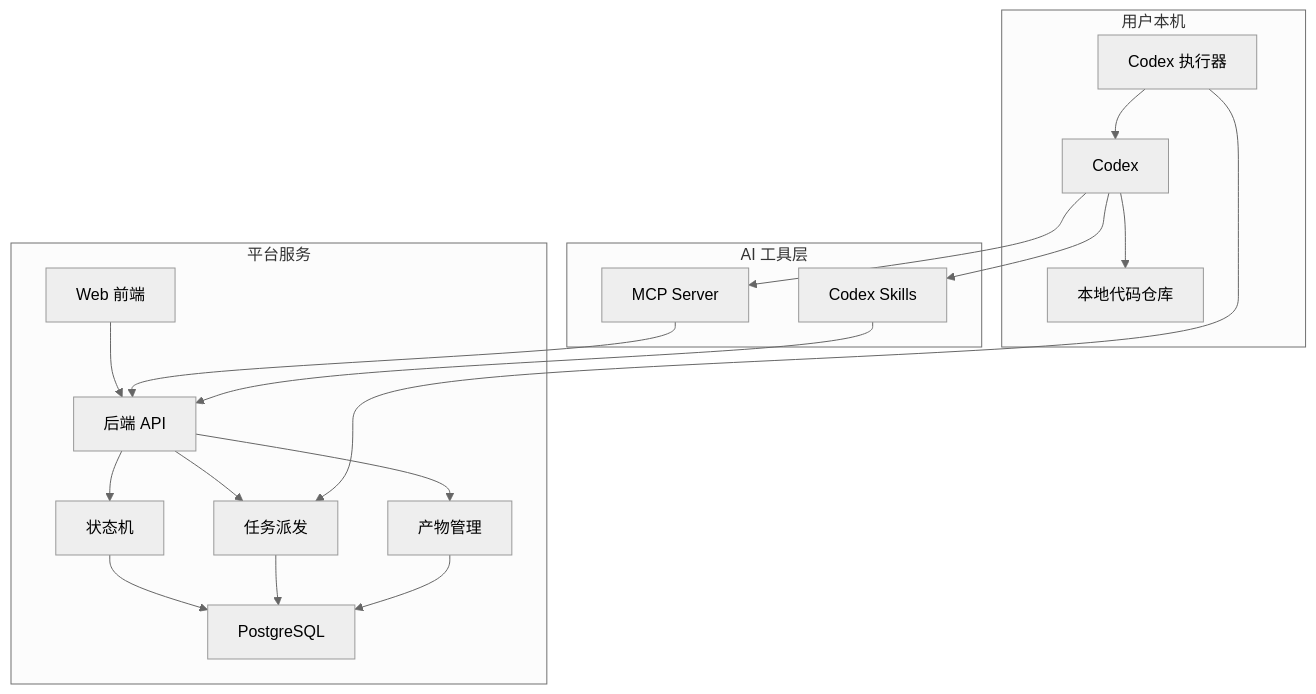
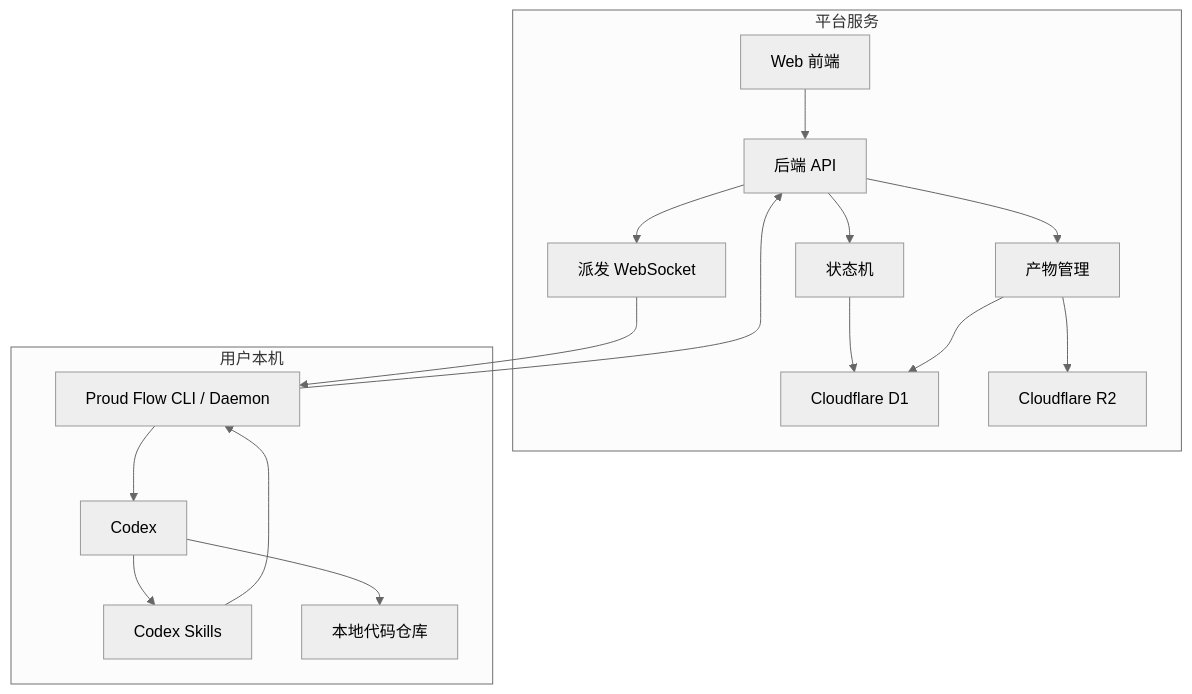
One commit to chaoyang805/proud-flow changed the fourth of 4 diagrams in docs/product-design.md. Above: the diagram before and after it, drawn with Mermaid (neutral theme). The commit also changed other lines of this file and 9 other files, not shown here.

Commit message:
docs: expand proud-flow architecture plans

````diff
--- a/docs/product-design.md
+++ b/docs/product-design.md
@@ -271,37 +241,33 @@
 ```mermaid
 flowchart TB
   subgraph Platform["平台服务"]
     Web["Web 前端"]
     API["后端 API"]
     Workflow["状态机"]
-    Tasks["任务派发"]
+    Dispatch["派发 WebSocket"]
     Artifacts["产物管理"]
-    DB["PostgreSQL"]
+    DB["Cloudflare D1"]
+    R2["Cloudflare R2"]
   end
 
   subgraph Local["用户本机"]
-    Worker["Codex 执行器"]
+    CLI["Proud Flow CLI / Daemon"]
     CodexApp["Codex"]
+    Skills["Codex Skills"]
     Repo["本地代码仓库"]
-  end
-
-  subgraph Tools["AI 工具层"]
-    MCPServer["MCP Server"]
-    Skills["Codex Skills"]
   end
 
   Web --> API
   API --> Workflow
-  API --> Tasks
+  API --> Dispatch
   API --> Artifacts
   Workflow --> DB
-  Tasks --> DB
+  Dispatch --> CLI
   Artifacts --> DB
-  Worker --> Tasks
-  Worker --> CodexApp
+  Artifacts --> R2
+  CLI --> CodexApp
+  CLI --> API
   CodexApp --> Repo
-  CodexApp --> MCPServer
   CodexApp --> Skills
-  MCPServer --> API
-  Skills --> API
+  Skills --> CLI
 ```
````
